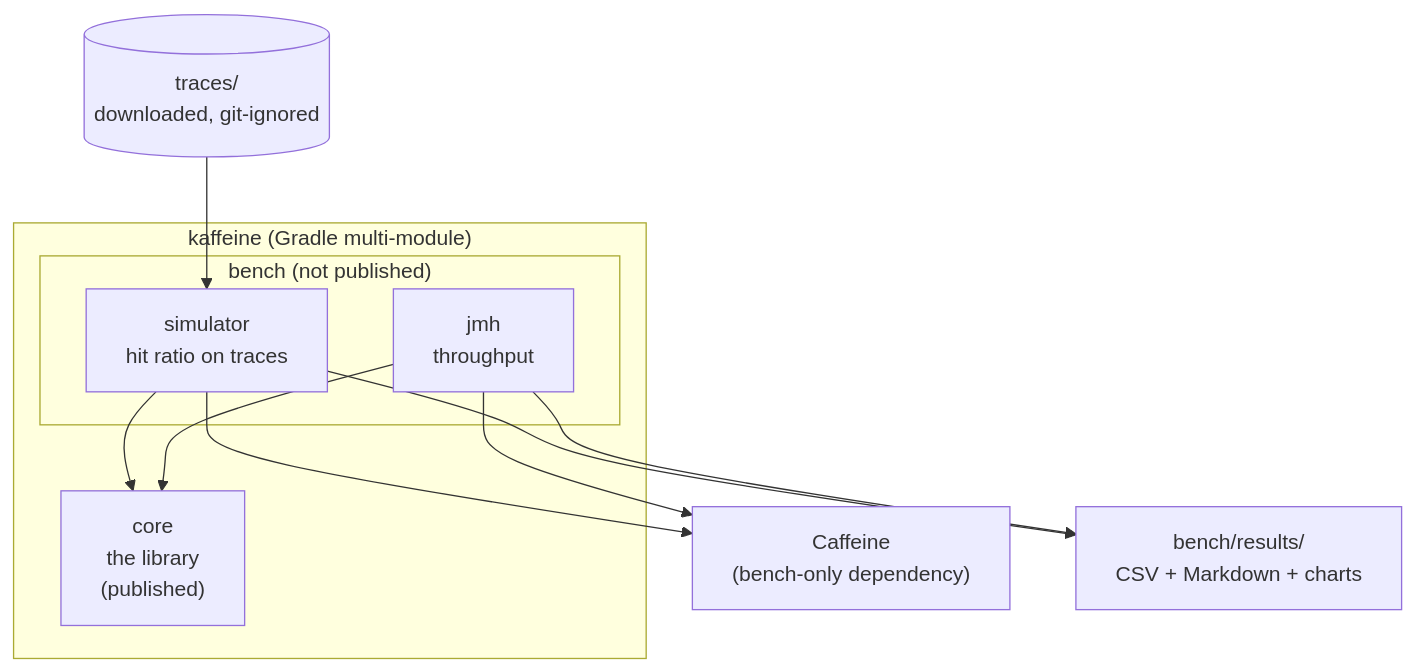
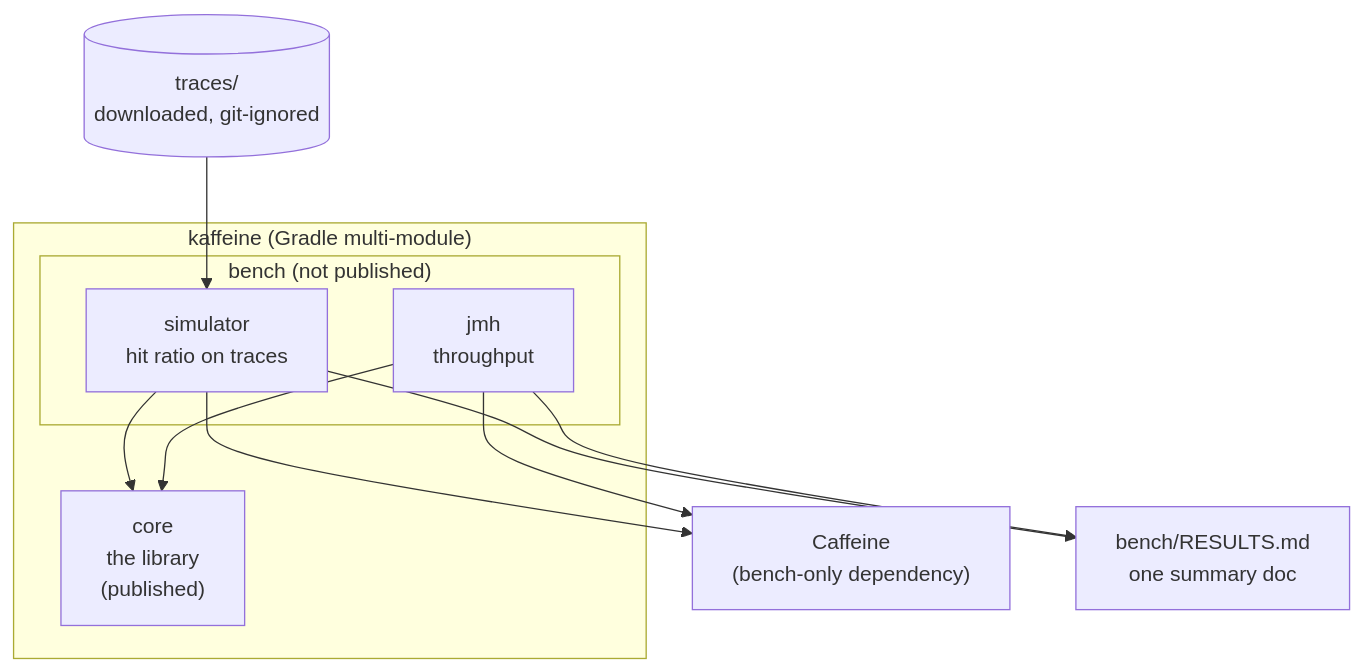
Before and after one commit to shashankpatil-dev/kaffeine: the second of 14 diagrams in docs/HLD.md, drawn with Mermaid. The commit also changed other lines of this file and 2 other files, not shown here.

Commit message:
Point design docs at the single results file

````diff
--- a/docs/HLD.md
+++ b/docs/HLD.md
@@ -29,17 +29,17 @@
 ```mermaid
 flowchart TB
     subgraph Repo["kaffeine (Gradle multi-module)"]
         Core["core<br/>the library<br/>(published)"]
         subgraph Bench["bench (not published)"]
             Sim["simulator<br/>hit ratio on traces"]
             JMH["jmh<br/>throughput"]
         end
     end
     Sim --> Core
     JMH --> Core
     Sim --> Caf["Caffeine<br/>(bench-only dependency)"]
     JMH --> Caf
     Traces[("traces/<br/>downloaded, git-ignored")] --> Sim
-    Sim --> Res["bench/results/<br/>CSV + Markdown + charts"]
+    Sim --> Res["bench/RESULTS.md<br/>one summary doc"]
     JMH --> Res
 ```
````
